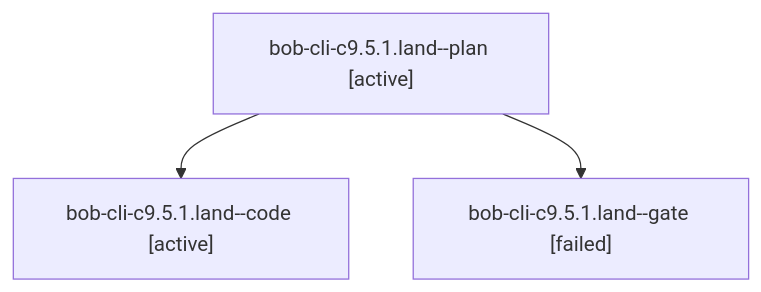
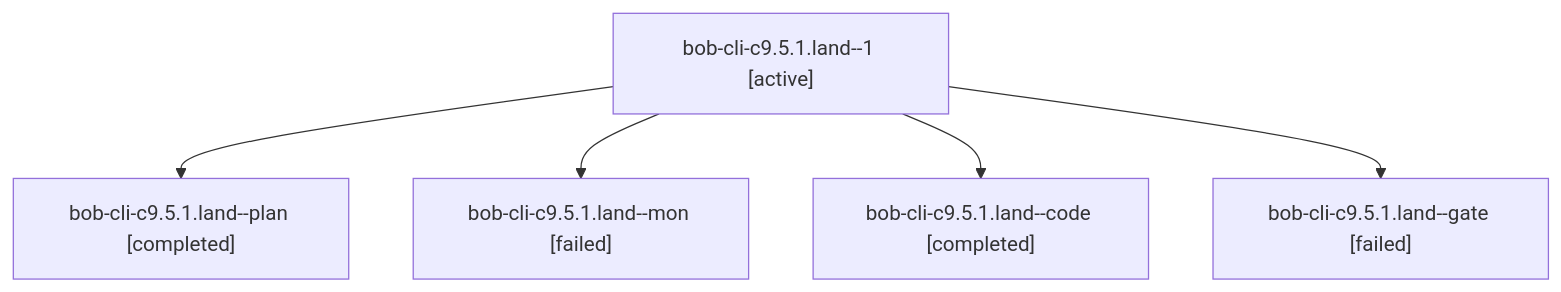
Before and after one commit to bobs-org/bob-cli--agents: the diagram in sessions/bbugyi200.athena.bob-cli-c9.5.1.land.md, drawn with Mermaid. The commit also changed other lines of this file and 98 other files, not shown here.

````diff
--- a/sessions/bbugyi200.athena.bob-cli-c9.5.1.land.md
+++ b/sessions/bbugyi200.athena.bob-cli-c9.5.1.land.md
@@ -9,8 +9,12 @@
 ```mermaid
 flowchart TD
-  n0["bob-cli-c9.5.1.land--plan [active]"]
-  n1["bob-cli-c9.5.1.land--code [active]"]
+  n0["bob-cli-c9.5.1.land--1 [active]"]
+  n1["bob-cli-c9.5.1.land--plan [completed]"]
   n0 --> n1
-  n2["bob-cli-c9.5.1.land--gate [failed]"]
+  n2["bob-cli-c9.5.1.land--mon [failed]"]
   n0 --> n2
+  n3["bob-cli-c9.5.1.land--code [completed]"]
+  n0 --> n3
+  n4["bob-cli-c9.5.1.land--gate [failed]"]
+  n0 --> n4
 ```
````
